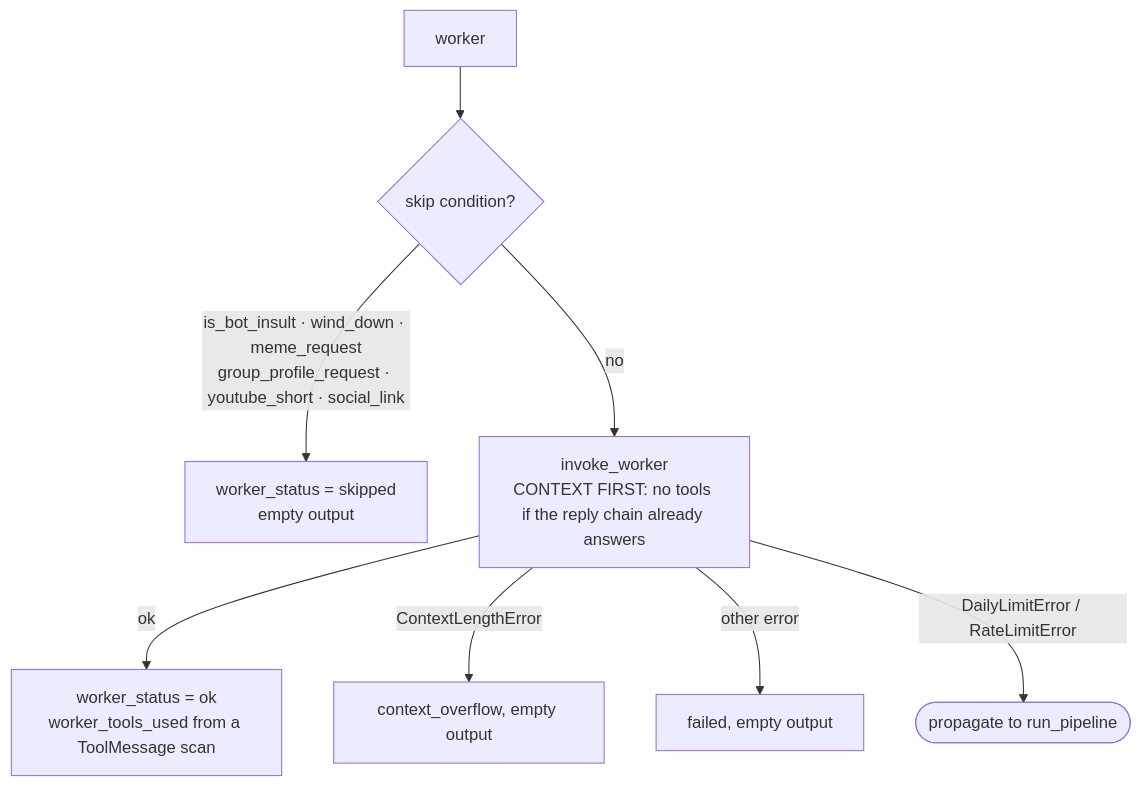
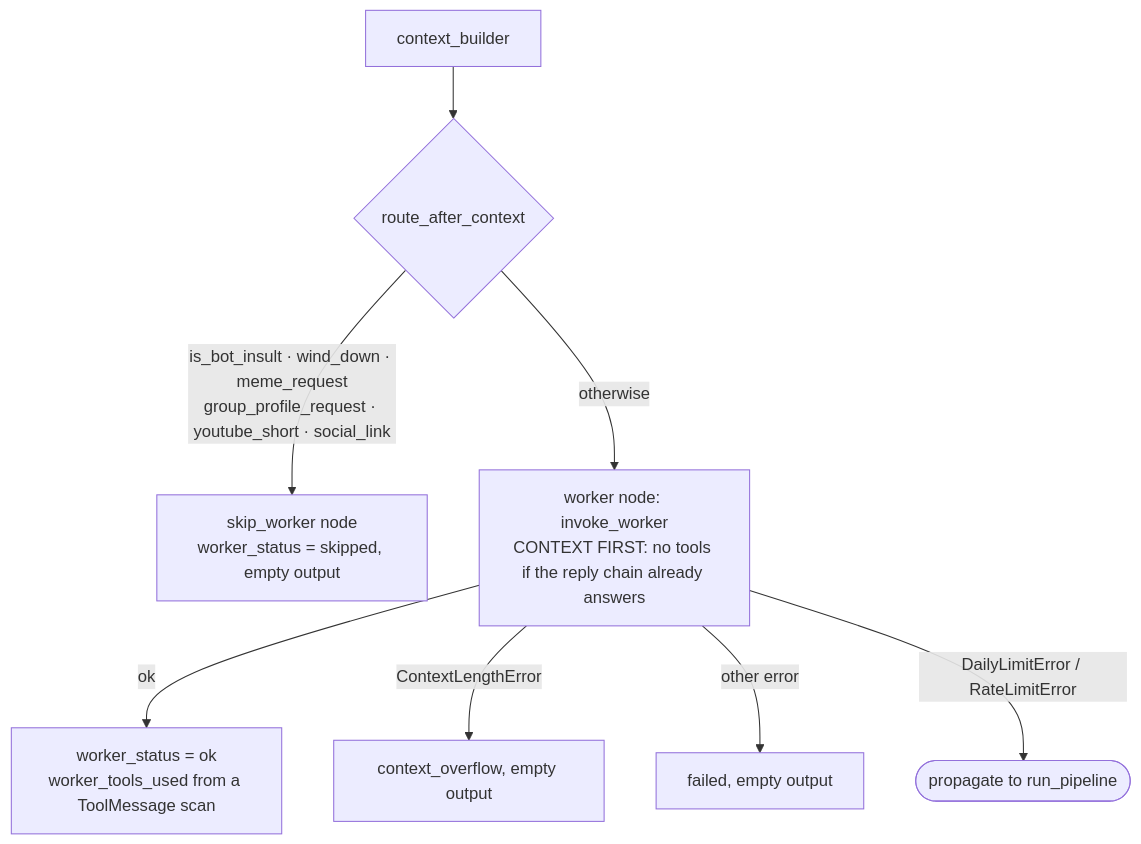
One commit to vsbaldeev/games-chatbot changed the eighth of 10 diagrams in src/pipeline/README.md. Above: the diagram before and after it, drawn with Mermaid. The commit also changed other lines of this file and 4 other files, not shown here.

Commit message:
refactor: decide the worker skip on a graph edge

````diff
--- a/src/pipeline/README.md
+++ b/src/pipeline/README.md
@@ -373,10 +375,10 @@
 ```mermaid
 flowchart TD
-    w["worker"] --> skip{"skip condition?"}
-    skip -->|"is_bot_insult · wind_down · meme_request<br/>group_profile_request · youtube_short · social_link"| sk["worker_status = skipped<br/>empty output"]
-    skip -->|"no"| run["invoke_worker<br/>CONTEXT FIRST: no tools if the reply chain already answers"]
+    ctx["context_builder"] --> skip{"route_after_context"}
+    skip -->|"is_bot_insult · wind_down · meme_request<br/>group_profile_request · youtube_short · social_link"| sk["skip_worker node<br/>worker_status = skipped, empty output"]
+    skip -->|"otherwise"| run["worker node: invoke_worker<br/>CONTEXT FIRST: no tools if the reply chain already answers"]
     run -->|"ok"| ok["worker_status = ok<br/>worker_tools_used from a ToolMessage scan"]
     run -->|"ContextLengthError"| co["context_overflow, empty output"]
     run -->|"other error"| fl["failed, empty output"]
     run -->|"DailyLimitError / RateLimitError"| up(["propagate to run_pipeline"])
 ```
````
